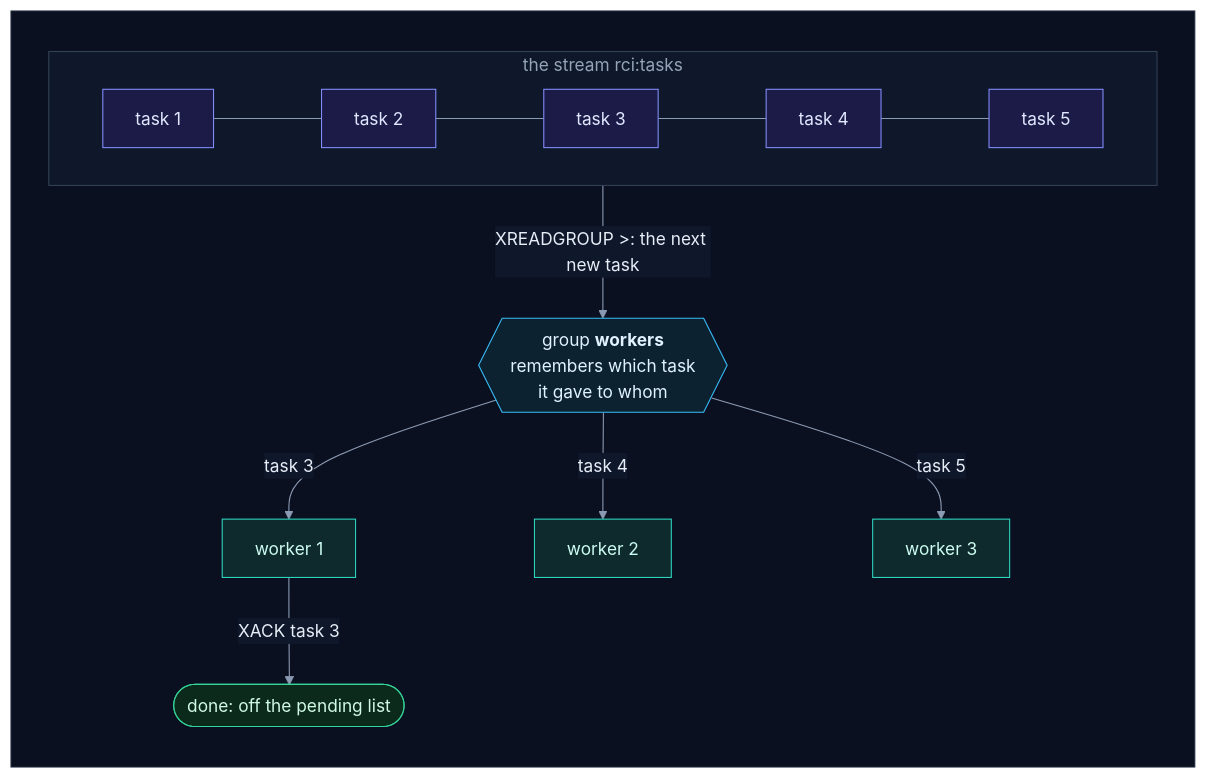
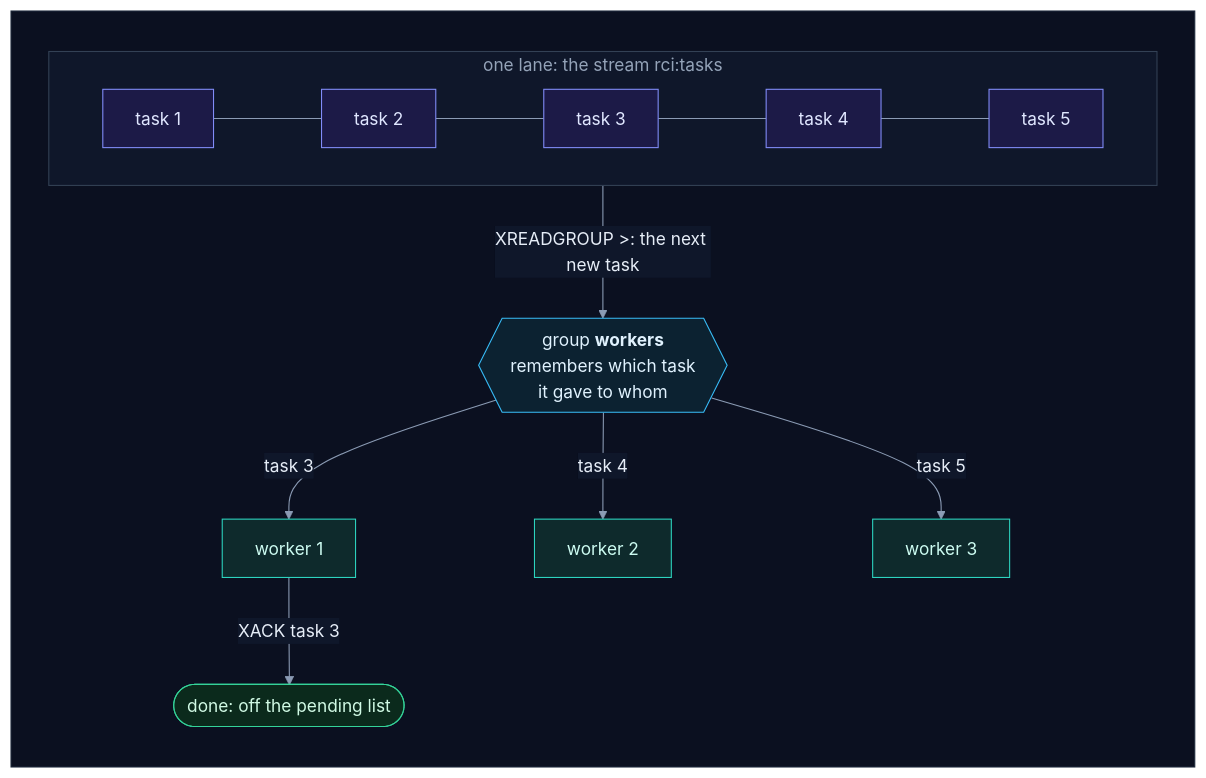
One commit to selvakumarperumal/Regulatory_Circular_Impact_Agent changed the sixth of 20 diagrams in how_the_worker_works.md. Above: the diagram before and after it, drawn with Mermaid. The commit also changed other lines of this file and 7 other files, not shown here.

````diff
--- a/how_the_worker_works.md
+++ b/how_the_worker_works.md
@@ -486,32 +491,32 @@
 ```mermaid
 %%{init: {"theme": "base", "flowchart": {"diagramPadding": 0}, "themeVariables": {"darkMode": true, "primaryColor": "#16213a", "primaryTextColor": "#e6edf7", "primaryBorderColor": "#475a7a", "lineColor": "#8b9bb4", "secondaryColor": "#1b2436", "tertiaryColor": "#101a2e", "edgeLabelBackground": "#0f172a", "textColor": "#e2e8f0", "clusterBkg": "#0f1728", "clusterBorder": "#2b3a55", "titleColor": "#c4b5fd", "nodeTextColor": "#e6edf7"}}}%%
 flowchart TD
     subgraph canvas[" "]
         direction TB
-        subgraph stream["the stream rci:tasks"]
+        subgraph stream["one lane: the stream rci:tasks"]
             direction LR
             t1["task 1"] --- t2["task 2"] --- t3["task 3"] --- t4["task 4"] --- t5["task 5"]
         end
         stream -->|"XREADGROUP &gt;: the next new task"| g{{"group <b>workers</b><br/>remembers which task<br/>it gave to whom"}}
         g -->|"task 3"| k1["worker 1"]
         g -->|"task 4"| k2["worker 2"]
         g -->|"task 5"| k3["worker 3"]
         k1 -->|"XACK task 3"| done(["done: off the pending list"])
     end
     classDef svc fill:#0e2a2c,stroke:#2dd4bf,color:#ccfbf1
     classDef data fill:#1c1a47,stroke:#818cf8,color:#e0e7ff
     classDef ext fill:#2a1640,stroke:#c084fc,color:#f3e8ff
     classDef gpu fill:#2d1b0c,stroke:#fb923c,color:#ffedd5
     classDef ask fill:#2a2410,stroke:#fbbf24,color:#fef3c7
     classDef ok fill:#0b2a1c,stroke:#34d399,color:#d1fae5
     classDef bad fill:#2e0f17,stroke:#fb7185,color:#ffe4e6
     classDef start fill:#1c2a0e,stroke:#a7ef6f,color:#ecfccb
     classDef muted fill:#1a2130,stroke:#64748b,color:#cbd5e1
     classDef queue fill:#0c2231,stroke:#38bdf8,color:#e0f2fe
     class t1,t2,t3,t4,t5 data
     class g queue
     class k1,k2,k3 svc
     class done ok
     style stream fill:#0f172a,stroke:#334155,color:#94a3b8
     style canvas fill:#0b1020,stroke:#1e293b,color:#0b1020
 ```
````
